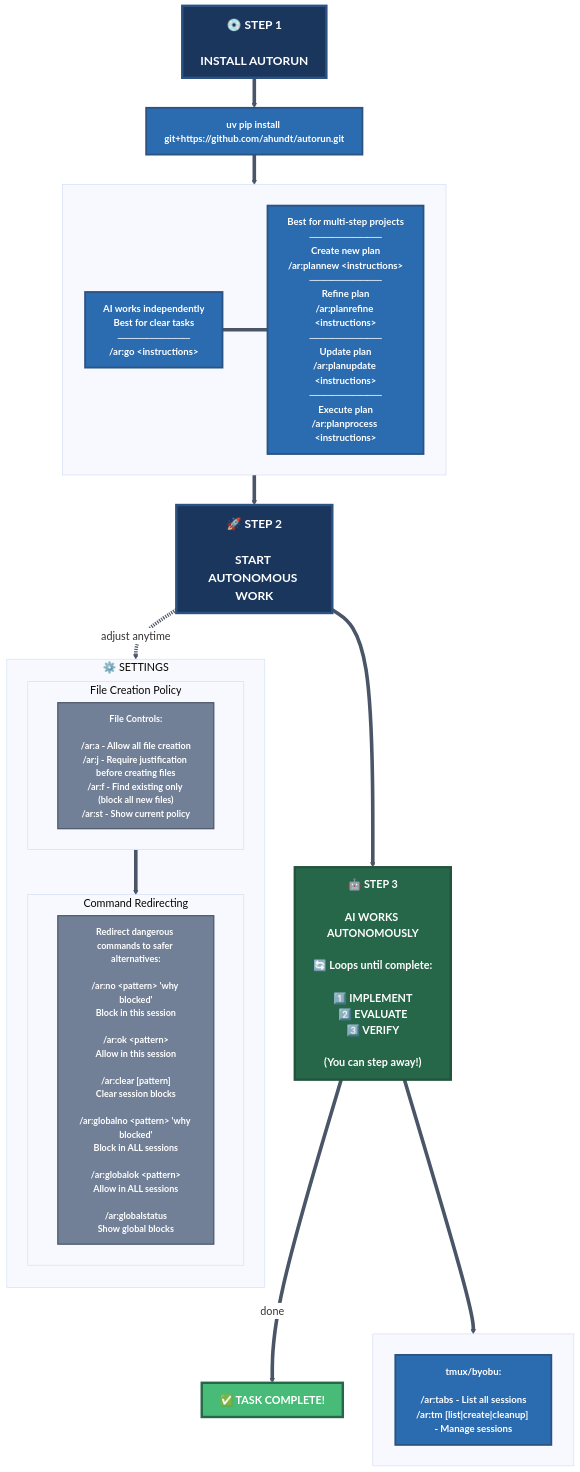
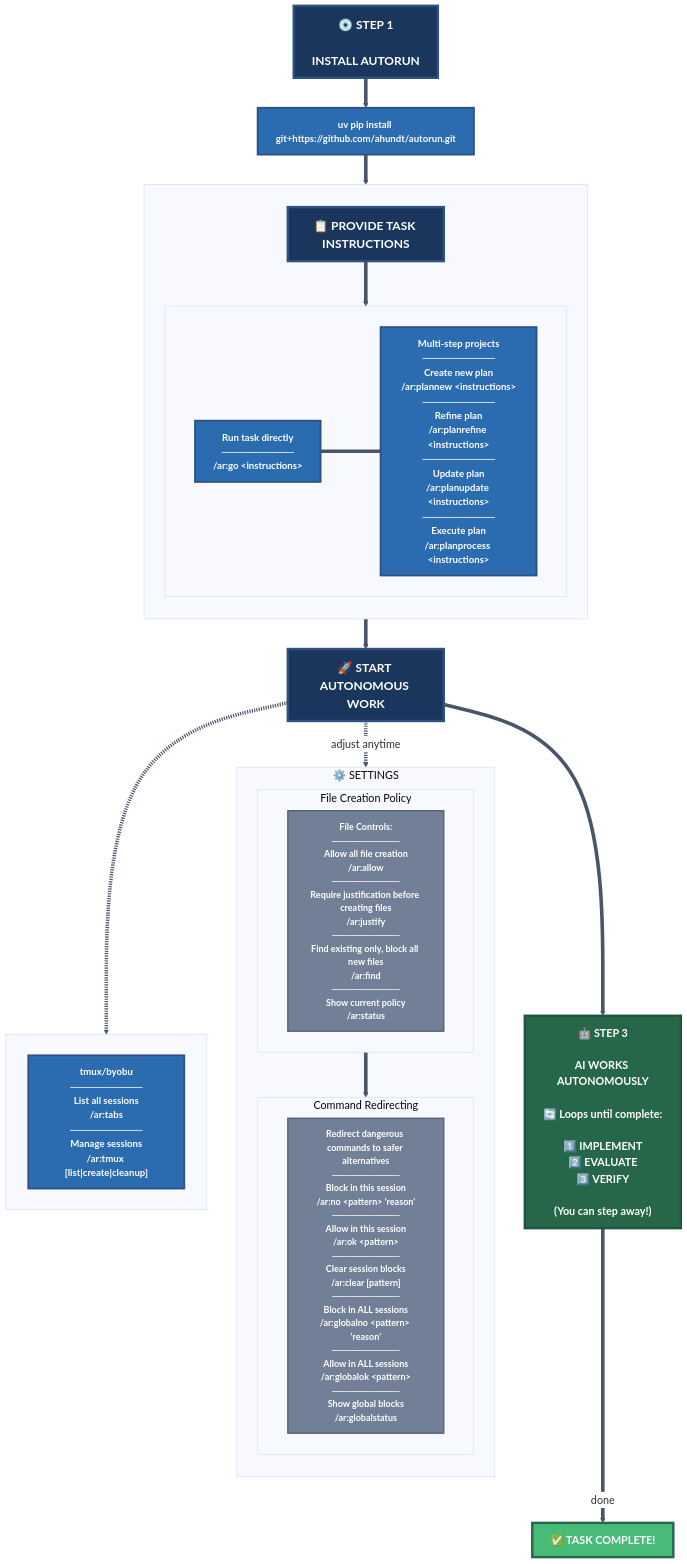
Before and after one commit to ahundt/autorun: the diagram in autorun-architecture.mmd, drawn with Mermaid. The commit also changed 2 other files, not shown here.

Commit message:
autorun-architecture.mmd,.png,.svg: restructure command lists and layout
What changed:
- File Controls, Command Redirecting, tmux blocks: description above command
  with ────────── separator lines between entries
- Use full command names (/ar:allow, /ar:justify, /ar:plannew, etc.)
- PROVIDE TASK INSTRUCTIONS as large stepBox inside workflow options container
- tmux/byobu and SETTINGS branch from WORKFLOW (same level as AI_ENGINE)
- Remove /ar:gp from workflow, remove "monitor" label from tmux connector
- Install command: uv pip install git+https://github.com/ahundt/autorun.git

Why: Consistent formatting across all command blocks, clearer visual hierarchy,
accurate install command using UV with GitHub path.

```diff
--- a/autorun-architecture.mmd
+++ b/autorun-architecture.mmd
@@ -1,85 +1,90 @@
 %%{init: {'theme': 'base', 'themeVariables': { 'fontSize': '18px', 'fontFamily': 'Arial', 'maxTextWidth': 300, 'subgraphBkg': '#f7fafc', 'lineColor': '#4a5568', 'edgeLabelBackground': '#ffffff'}}}%%
 flowchart TD
     %% ========================================
     %%  STYLING
     %% ========================================
     classDef stepBox fill:#1a365d,stroke:#2c5282,stroke-width:4px,color:#fff,font-size:20px,font-weight:bold;
     classDef choiceBox fill:#2b6cb0,stroke:#2c5282,stroke-width:3px,color:#fff,font-size:16px,font-weight:bold;
     classDef aiBox fill:#276749,stroke:#22543d,stroke-width:4px,color:#fff,font-size:18px,font-weight:bold;
     classDef guardBox fill:#c53030,stroke:#742a2a,stroke-width:3px,color:#fff,font-size:14px,font-weight:bold;
     classDef safeBox fill:#ed8936,stroke:#c05621,stroke-width:3px,color:#fff,font-size:16px,font-weight:bold;
     classDef doneBox fill:#48bb78,stroke:#276749,stroke-width:4px,color:#fff,font-size:18px,font-weight:bold;
     classDef settingBox fill:#718096,stroke:#4a5568,stroke-width:2px,color:#fff,font-size:15px,font-weight:bold;
     classDef settingsPanel fill:#e2e8f0,stroke:#a0aec0,stroke-width:2px,color:#2d3748,font-size:15px,font-weight:bold;
 
     %% ========================================
     %%  STEP 1: INSTALL
     %% ========================================
     INSTALL["💿 STEP 1<br/><br/>INSTALL AUTORUN"]:::stepBox
     INSTALL_CMD["uv pip install git+https://github.com/ahundt/autorun.git"]:::choiceBox
 
     %% ========================================
     %%  SETTINGS PANEL (Always available)
     %% ========================================
     subgraph SETTINGS["⚙️ SETTINGS"]
         direction TB
 
         subgraph FILE_SET["File Creation Policy"]
-            F1["<b>File Controls:</b><br/><br/>/ar:a - Allow all file creation<br/>/ar:j - Require justification before creating files<br/>/ar:f - Find existing only (block all new files)<br/>/ar:st - Show current policy"]:::settingBox
+            F1["<b>File Controls:</b><br/>──────────<br/>Allow all file creation<br/>/ar:allow<br/>──────────<br/>Require justification before creating files<br/>/ar:justify<br/>──────────<br/>Find existing only, block all new files<br/>/ar:find<br/>──────────<br/>Show current policy<br/>/ar:status"]:::settingBox
         end
 
         FILE_SET --> BLOCK_SET
 
         subgraph BLOCK_SET["Command Redirecting"]
             direction LR
-            B1["<b>Redirect dangerous commands to safer alternatives:</b><br/><br/>/ar:no &lt;pattern&gt; 'why blocked'<br/>Block in this session<br/><br/>/ar:ok &lt;pattern&gt;<br/>Allow in this session<br/><br/>/ar:clear [pattern]<br/>Clear session blocks<br/><br/>/ar:globalno &lt;pattern&gt; 'why blocked'<br/>Block in ALL sessions<br/><br/>/ar:globalok &lt;pattern&gt;<br/>Allow in ALL sessions<br/><br/>/ar:globalstatus<br/>Show global blocks"]:::settingBox
+            B1["<b>Redirect dangerous commands to safer alternatives</b><br/>──────────<br/>Block in this session<br/>/ar:no &lt;pattern&gt; 'reason'<br/>──────────<br/>Allow in this session<br/>/ar:ok &lt;pattern&gt;<br/>──────────<br/>Clear session blocks<br/>/ar:clear [pattern]<br/>──────────<br/>Block in ALL sessions<br/>/ar:globalno &lt;pattern&gt; 'reason'<br/>──────────<br/>Allow in ALL sessions<br/>/ar:globalok &lt;pattern&gt;<br/>──────────<br/>Show global blocks<br/>/ar:globalstatus"]:::settingBox
         end
     end
 
     %% ========================================
     %%  STEP 2: CHOOSE HOW AI WORKS
     %% ========================================
     subgraph WORKFLOW_OPTIONS[" "]
-        direction LR
-        W1["AI works independently<br/>Best for clear tasks<br/>──────────<br/>/ar:go &lt;instructions&gt;"]:::choiceBox
+        direction TB
+        PROVIDE["📋 PROVIDE TASK INSTRUCTIONS"]:::stepBox
+        subgraph WORKFLOW_CMDS[" "]
+            direction LR
+            W1["Run task directly<br/>──────────<br/>/ar:go &lt;instructions&gt;"]:::choiceBox
 
-        W2["Best for multi-step projects<br/>──────────<br/>Create new plan<br/>/ar:plannew &lt;instructions&gt;<br/>──────────<br/>Refine plan<br/>/ar:planrefine &lt;instructions&gt;<br/>──────────<br/>Update plan<br/>/ar:planupdate &lt;instructions&gt;<br/>──────────<br/>Execute plan<br/>/ar:planprocess &lt;instructions&gt;"]:::choiceBox
+            W2["Multi-step projects<br/>──────────<br/>Create new plan<br/>/ar:plannew &lt;instructions&gt;<br/>──────────<br/>Refine plan<br/>/ar:planrefine &lt;instructions&gt;<br/>──────────<br/>Update plan<br/>/ar:planupdate &lt;instructions&gt;<br/>──────────<br/>Execute plan<br/>/ar:planprocess &lt;instructions&gt;"]:::choiceBox
 
-        W1 --- W2
+            W1 --- W2
+        end
+        PROVIDE --> WORKFLOW_CMDS
     end
 
-    WORKFLOW["🚀 STEP 2<br/><br/>START AUTONOMOUS WORK"]:::stepBox
+    WORKFLOW["🚀 START AUTONOMOUS WORK"]:::stepBox
 
     %% ========================================
     %%  STEP 3: AI WORKS
     %% ========================================
     AI_ENGINE["🤖 STEP 3<br/><br/>AI WORKS AUTONOMOUSLY<br/><br/>🔄 Loops until complete:<br/><br/>1️⃣ IMPLEMENT<br/>2️⃣ EVALUATE<br/>3️⃣ VERIFY<br/><br/>(You can step away!)"]:::aiBox
 
     %% ========================================
     %%  MONITOR & CONTROL (Optional)
     %% ========================================
     subgraph CONTROL_OPTIONS[" "]
         direction LR
-        C1["<b>tmux/byobu:</b><br/><br/>/ar:tabs - List all sessions<br/>/ar:tm [list|create|cleanup] - Manage sessions"]:::choiceBox
+        C1["<b>tmux/byobu</b><br/>──────────<br/>List all sessions<br/>/ar:tabs<br/>──────────<br/>Manage sessions<br/>/ar:tmux [list|create|cleanup]"]:::choiceBox
     end
 
     %% ========================================
     %%  COMPLETE
     %% ========================================
     COMPLETE["✅ TASK COMPLETE!"]:::doneBox
 
     %% ========================================
     %%  FLOW
     %% ========================================
     INSTALL --> INSTALL_CMD
     INSTALL_CMD --> WORKFLOW_OPTIONS
 
     WORKFLOW_OPTIONS --> WORKFLOW
     WORKFLOW --> AI_ENGINE
     WORKFLOW -.->|"adjust anytime"| SETTINGS
 
-    AI_ENGINE --> CONTROL_OPTIONS
+    WORKFLOW -.-> CONTROL_OPTIONS
     AI_ENGINE -->|"done"| COMPLETE
 
     %% Make all connector lines thicker
     linkStyle default stroke-width:6px
```
